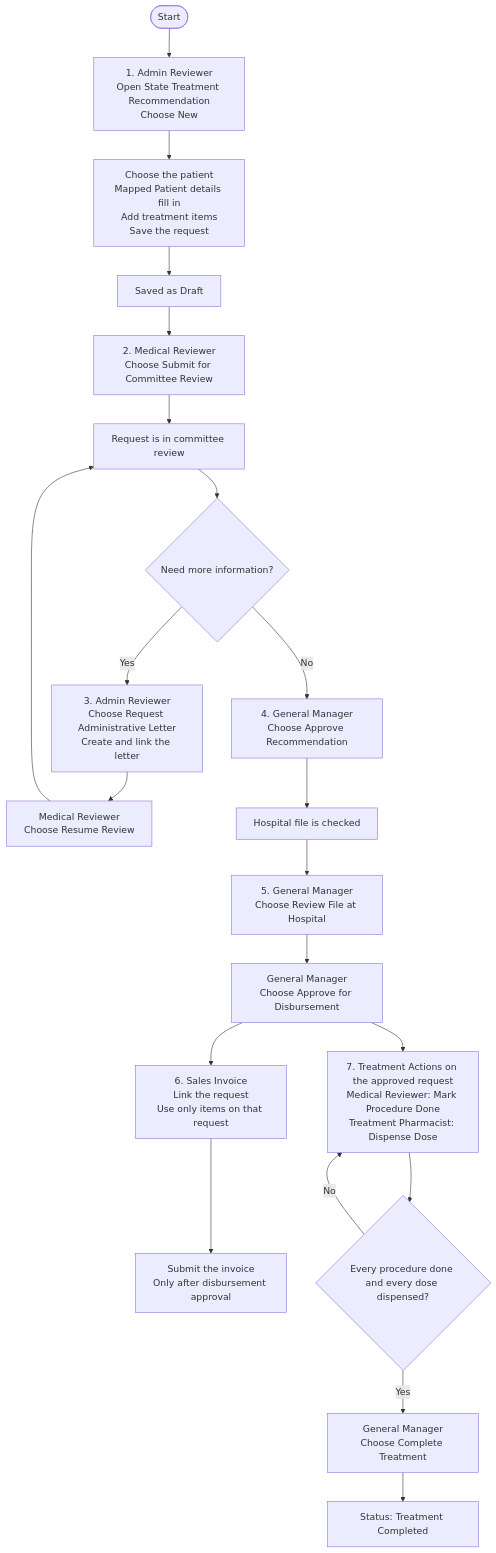
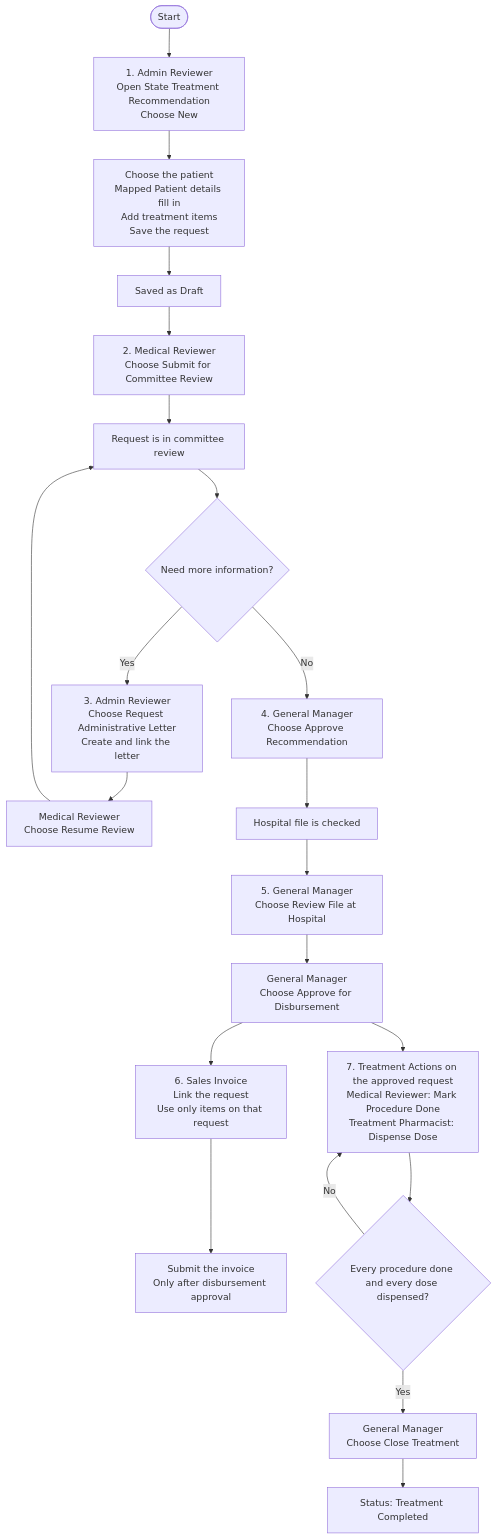
The diagram in README.md (Steeif/state_treatment), drawn with Mermaid before and after one commit. The commit also changed other lines of this file and 6 other files, not shown here.

First line of the commit message:
Rename the treatment closing action to Close Treatment (0.3.4)

````diff
--- a/README.md
+++ b/README.md
@@ -22,23 +22,23 @@
 ```mermaid
 flowchart TD
     A([Start]) --> B["1. Admin Reviewer<br/>Open State Treatment Recommendation<br/>Choose New"]
     B --> C["Choose the patient<br/>Mapped Patient details fill in<br/>Add treatment items<br/>Save the request"]
     C --> D["Saved as Draft"]
     D --> E["2. Medical Reviewer<br/>Choose Submit for Committee Review"]
     E --> F["Request is in committee review"]
     F --> Q{"Need more information?"}
     Q -->|Yes| G["3. Admin Reviewer<br/>Choose Request Administrative Letter<br/>Create and link the letter"]
     G --> H["Medical Reviewer<br/>Choose Resume Review"]
     H --> F
     Q -->|No| I["4. General Manager<br/>Choose Approve Recommendation"]
     I --> J["Hospital file is checked"]
     J --> K["5. General Manager<br/>Choose Review File at Hospital"]
     K --> L["General Manager<br/>Choose Approve for Disbursement"]
     L --> M["6. Sales Invoice<br/>Link the request<br/>Use only items on that request"]
     M --> N["Submit the invoice<br/>Only after disbursement approval"]
     L --> T["7. Treatment Actions on the approved request<br/>Medical Reviewer: Mark Procedure Done<br/>Treatment Pharmacist: Dispense Dose"]
     T --> R{"Every procedure done and every dose dispensed?"}
     R -->|No| T
-    R -->|Yes| S["General Manager<br/>Choose Complete Treatment"]
+    R -->|Yes| S["General Manager<br/>Choose Close Treatment"]
     S --> Z["Status: Treatment Completed"]
 ```
````
